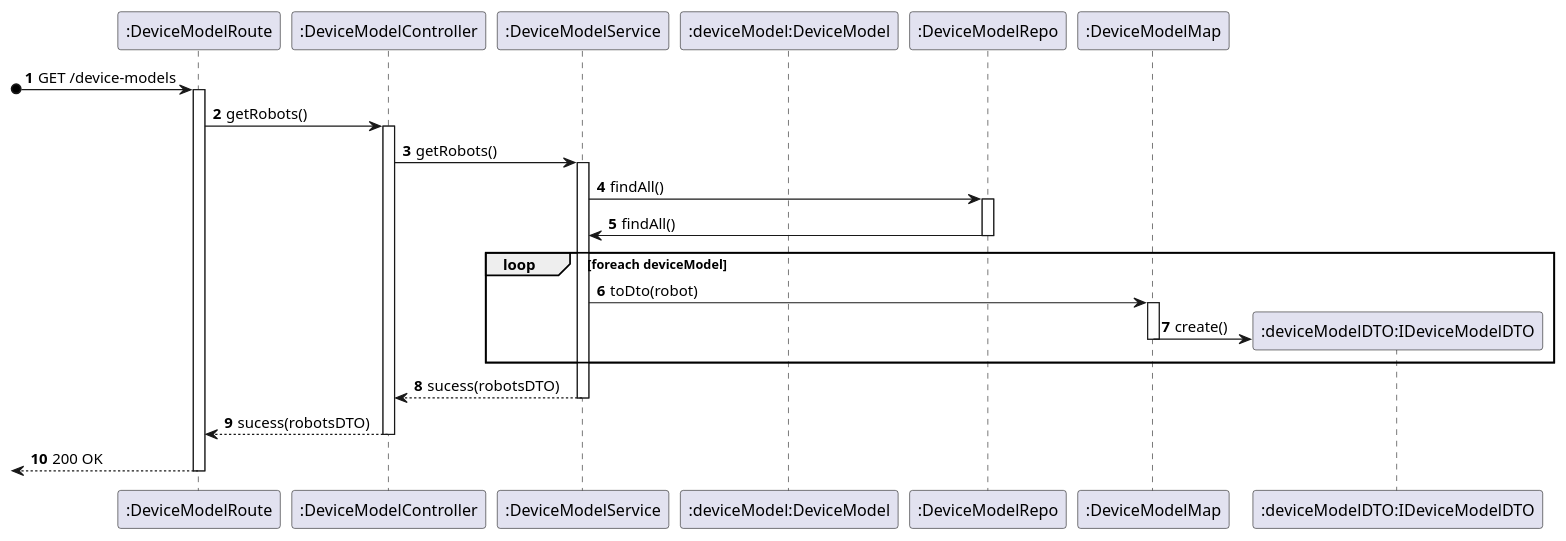
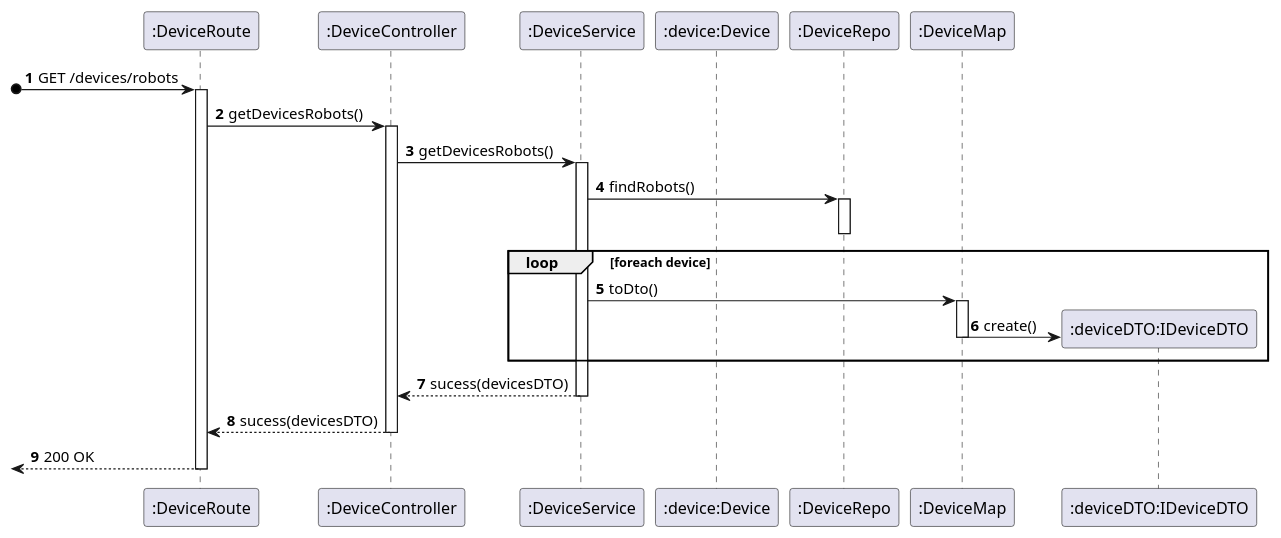
The diagram in _wiki/sprint-a/us21-380/views/level-3/process-view.puml (miseEnPlace-dev/lapr5), drawn with PlantUML before and after one commit. The commit also changed 2 other files, not shown here.

```diff
--- a/_wiki/sprint-a/us21-380/views/level-3/process-view.puml
+++ b/_wiki/sprint-a/us21-380/views/level-3/process-view.puml
@@ -1,35 +1,34 @@
 @startuml process-view
 autonumber
-participant ROUTE as ":DeviceModelRoute"
-participant CTRL as ":DeviceModelController"
-participant SRV as ":DeviceModelService"
-participant BUILD as ":deviceModel:DeviceModel"
-participant REPO as ":DeviceModelRepo"
-participant MAP as ":DeviceModelMap"
-participant DTO as ":deviceModelDTO:IDeviceModelDTO"
+participant ROUTE as ":DeviceRoute"
+participant CTRL as ":DeviceController"
+participant SRV as ":DeviceService"
+participant BUILD as ":device:Device"
+participant REPO as ":DeviceRepo"
+participant MAP as ":DeviceMap"
+participant DTO as ":deviceDTO:IDeviceDTO"
 
-?o-> ROUTE : GET /device-models
+?o-> ROUTE : GET /devices/robots
 activate ROUTE
 
-ROUTE -> CTRL : getRobots()
+ROUTE -> CTRL : getDevicesRobots()
 activate CTRL
-CTRL -> SRV : getRobots()
+CTRL -> SRV : getDevicesRobots()
 activate SRV
-SRV-> REPO : findAll()
+SRV-> REPO : findRobots()
 activate REPO
-REPO -> SRV : findAll()
 deactivate REPO
-  loop foreach deviceModel
-    SRV -> MAP : toDto(robot)
+  loop foreach device
+    SRV -> MAP : toDto()
     activate MAP
     MAP -> DTO** : create()
     deactivate MAP
   end
-SRV --> CTRL : sucess(robotsDTO)
+SRV --> CTRL : sucess(devicesDTO)
 deactivate SRV
-CTRL --> ROUTE : sucess(robotsDTO)
+CTRL --> ROUTE : sucess(devicesDTO)
 deactivate CTRL
 <-- ROUTE : 200 OK
 deactivate ROUTE
 
 @enduml
```
